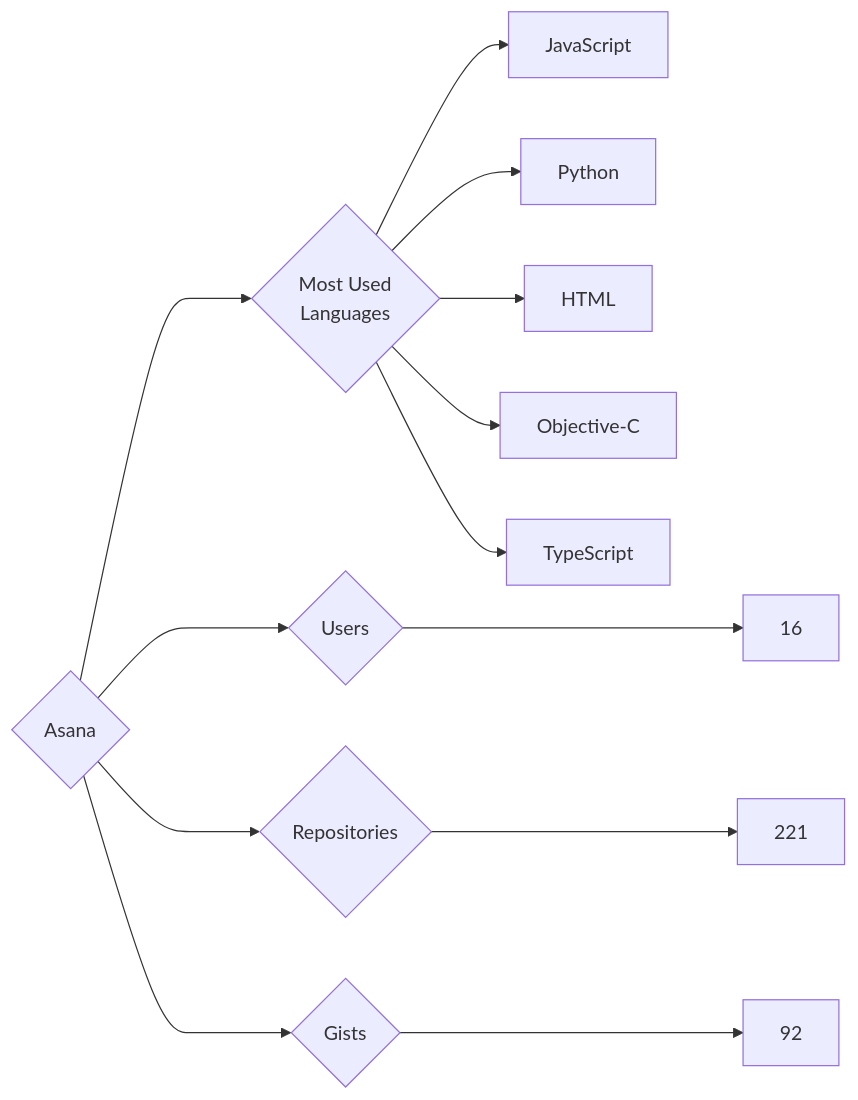
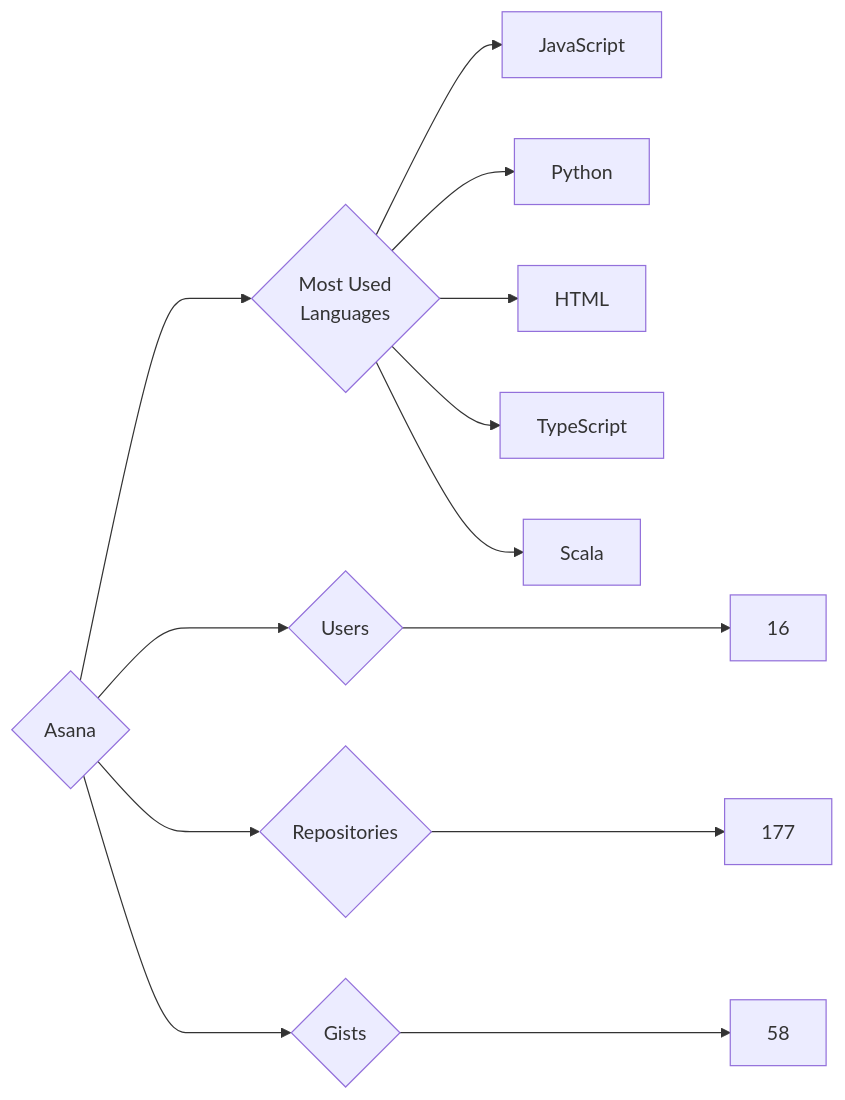
One commit to trickest/insiders changed the diagram in targets/Asana/README.md. Above: the diagram before and after it, drawn with Mermaid. The commit also changed 998 other files, not shown here.

````diff
--- a/targets/Asana/README.md
+++ b/targets/Asana/README.md
@@ -3,13 +3,13 @@
 ```mermaid
 graph LR
 COMPANY_NAME{Asana}
 COMPANY_NAME ---> U{Users} ---> UN[16]
-COMPANY_NAME ---> R{Repositories} ---> RN[221]
-COMPANY_NAME ---> G{Gists} ---> GN[92]
+COMPANY_NAME ---> R{Repositories} ---> RN[177]
+COMPANY_NAME ---> G{Gists} ---> GN[58]
 COMPANY_NAME ---> ML{Most Used<br>Languages}
 ML --> JavaScript[JavaScript]
 ML --> Python[Python]
 ML --> HTML[HTML]
-ML --> Objective-C[Objective-C]
 ML --> TypeScript[TypeScript]
+ML --> Scala[Scala]
 ```
````
